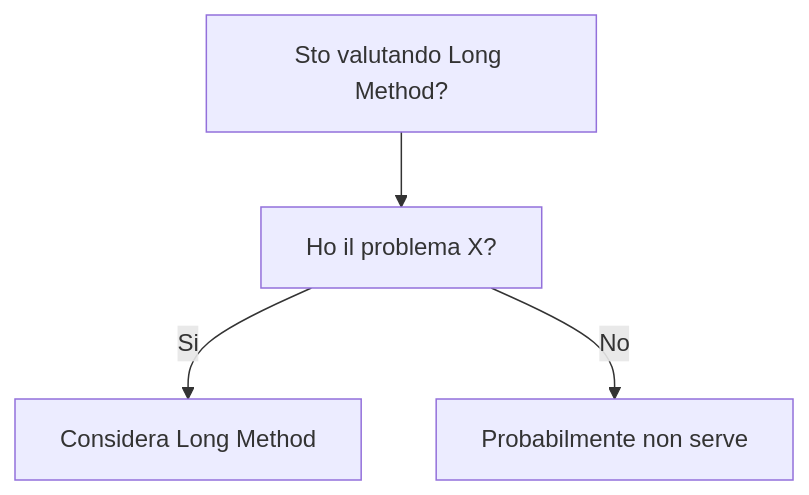
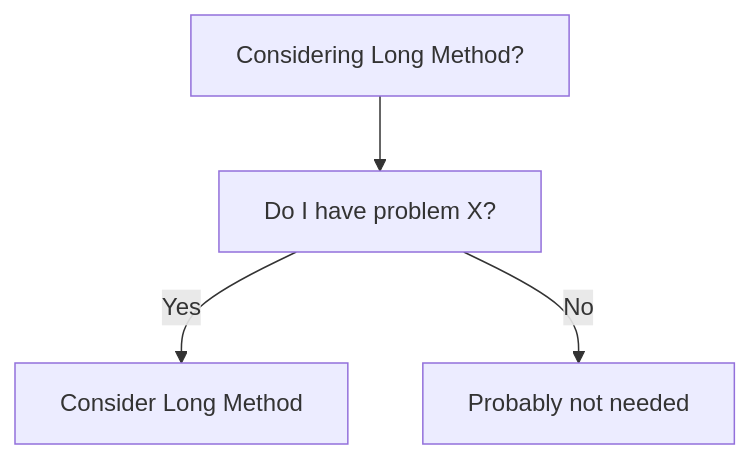
Before and after one commit to HxT9/Software-Dev-Wiki: the diagram in dev-wiki/16_AntiPatterns/Long_Method/When_To_Use.md, drawn with Mermaid. The commit also changed other lines of this file and 3444 other files, not shown here.

````diff
--- a/dev-wiki/16_AntiPatterns/Long_Method/When_To_Use.md
+++ b/dev-wiki/16_AntiPatterns/Long_Method/When_To_Use.md
@@ -19,6 +19,6 @@
 ```mermaid
 flowchart TD
-  Q[Sto valutando Long Method?] --> Q1[Ho il problema X?]
-  Q1 -->|Si| OK[Considera Long Method]
-  Q1 -->|No| NO[Probabilmente non serve]
+  Q[Considering Long Method?] --> Q1[Do I have problem X?]
+  Q1 -->|Yes| OK[Consider Long Method]
+  Q1 -->|No| NO[Probably not needed]
 ```
````
